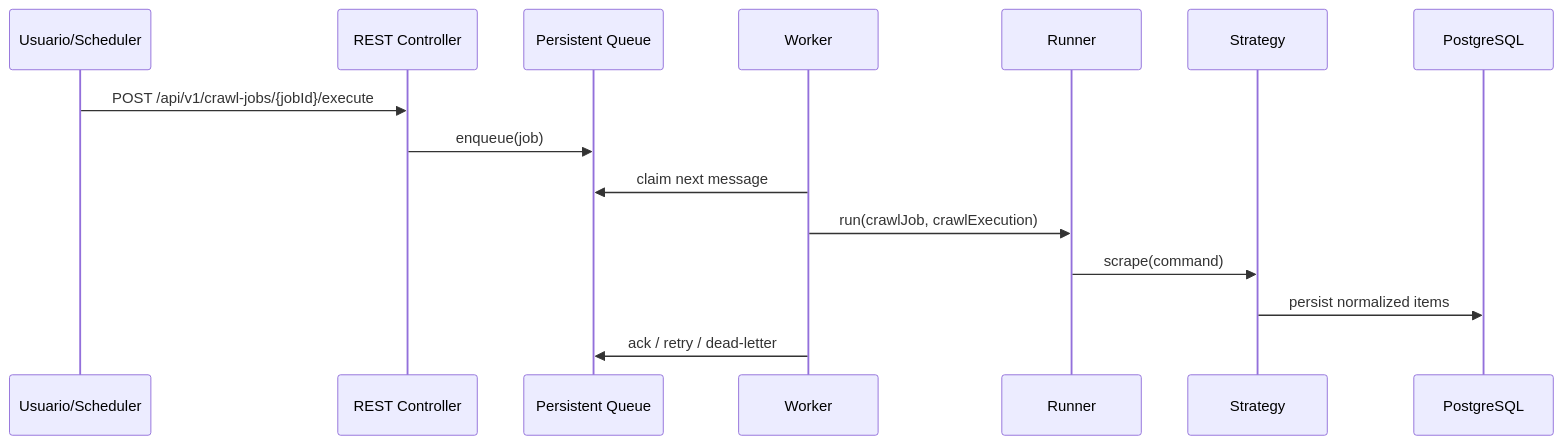
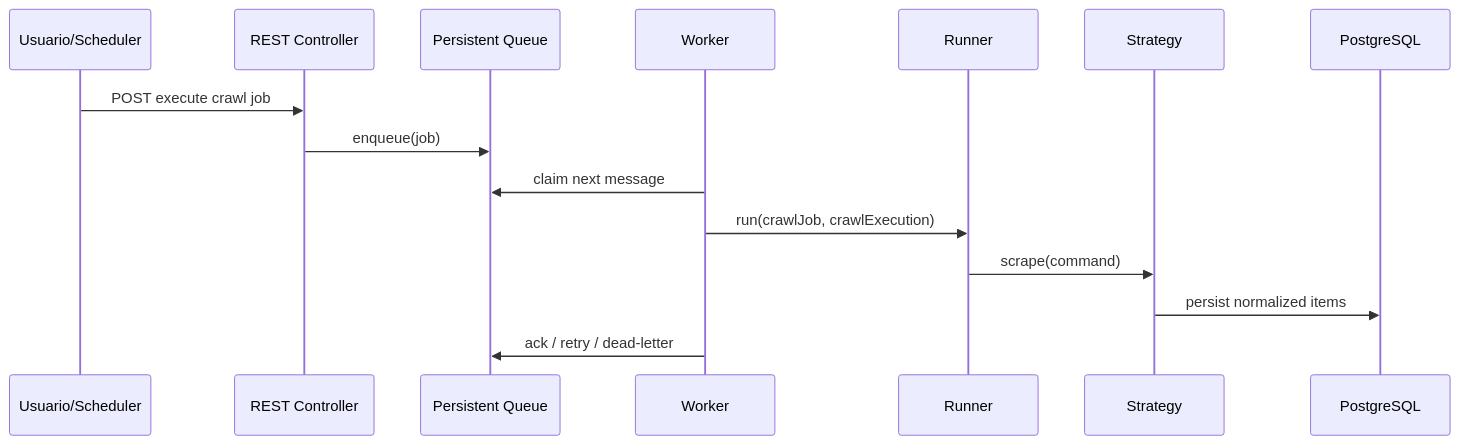
Before and after one commit to mateusribeirocampos/web-scraper-java: the second of 3 diagrams in README.md, drawn with Mermaid. The commit also changed other lines of this file, not shown here.

Commit message:
docs: fix readme mermaid diagrams

````diff
--- a/README.md
+++ b/README.md
@@ -69,18 +69,18 @@
 ```mermaid
 sequenceDiagram
     participant U as Usuario/Scheduler
     participant API as REST Controller
     participant Q as Persistent Queue
     participant W as Worker
     participant R as Runner
     participant S as Strategy
     participant DB as PostgreSQL
 
-    U->>API: POST /api/v1/crawl-jobs/{jobId}/execute
+    U->>API: POST execute crawl job
     API->>Q: enqueue(job)
     W->>Q: claim next message
     W->>R: run(crawlJob, crawlExecution)
     R->>S: scrape(command)
     S->>DB: persist normalized items
     W->>Q: ack / retry / dead-letter
 ```
````
